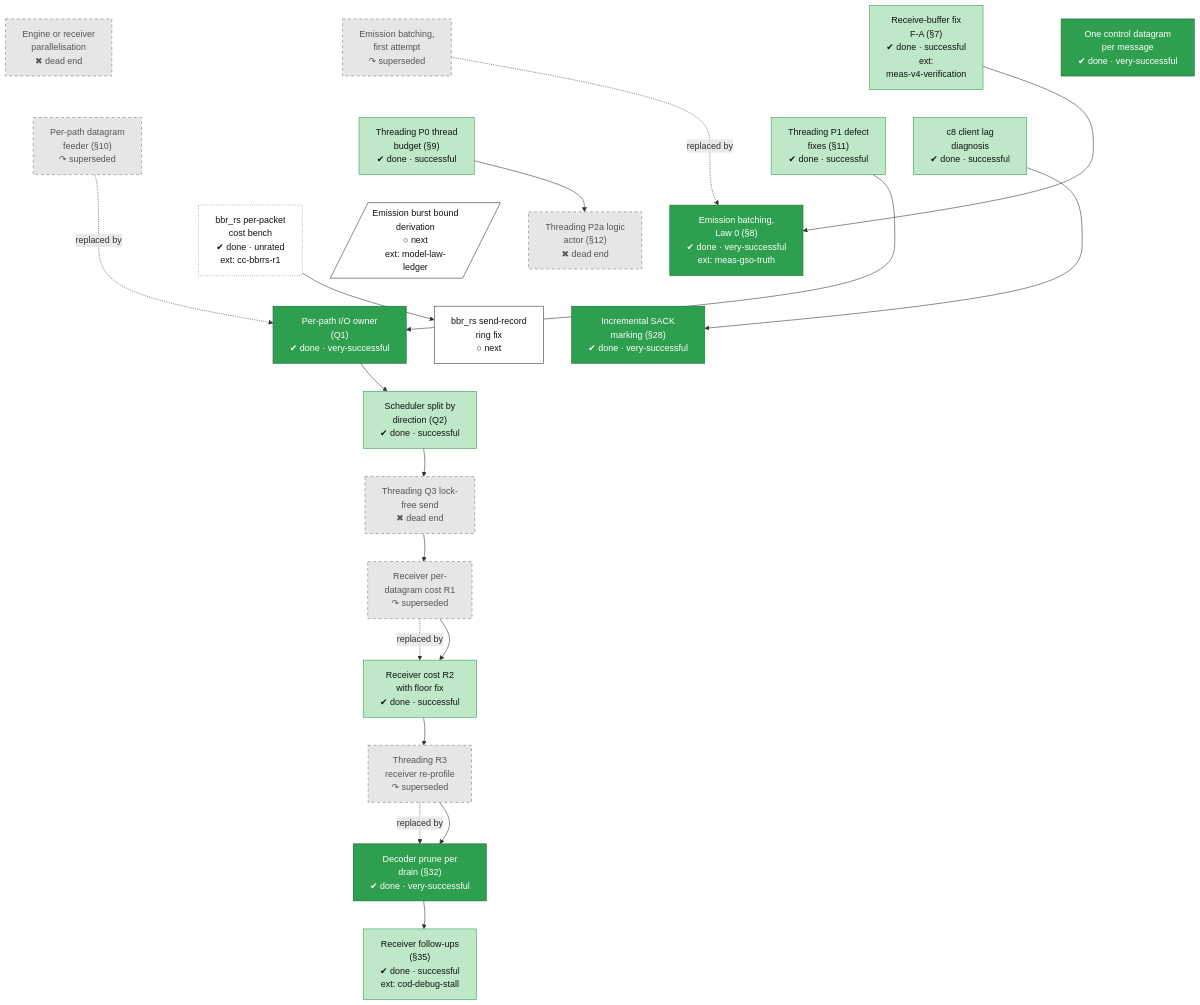
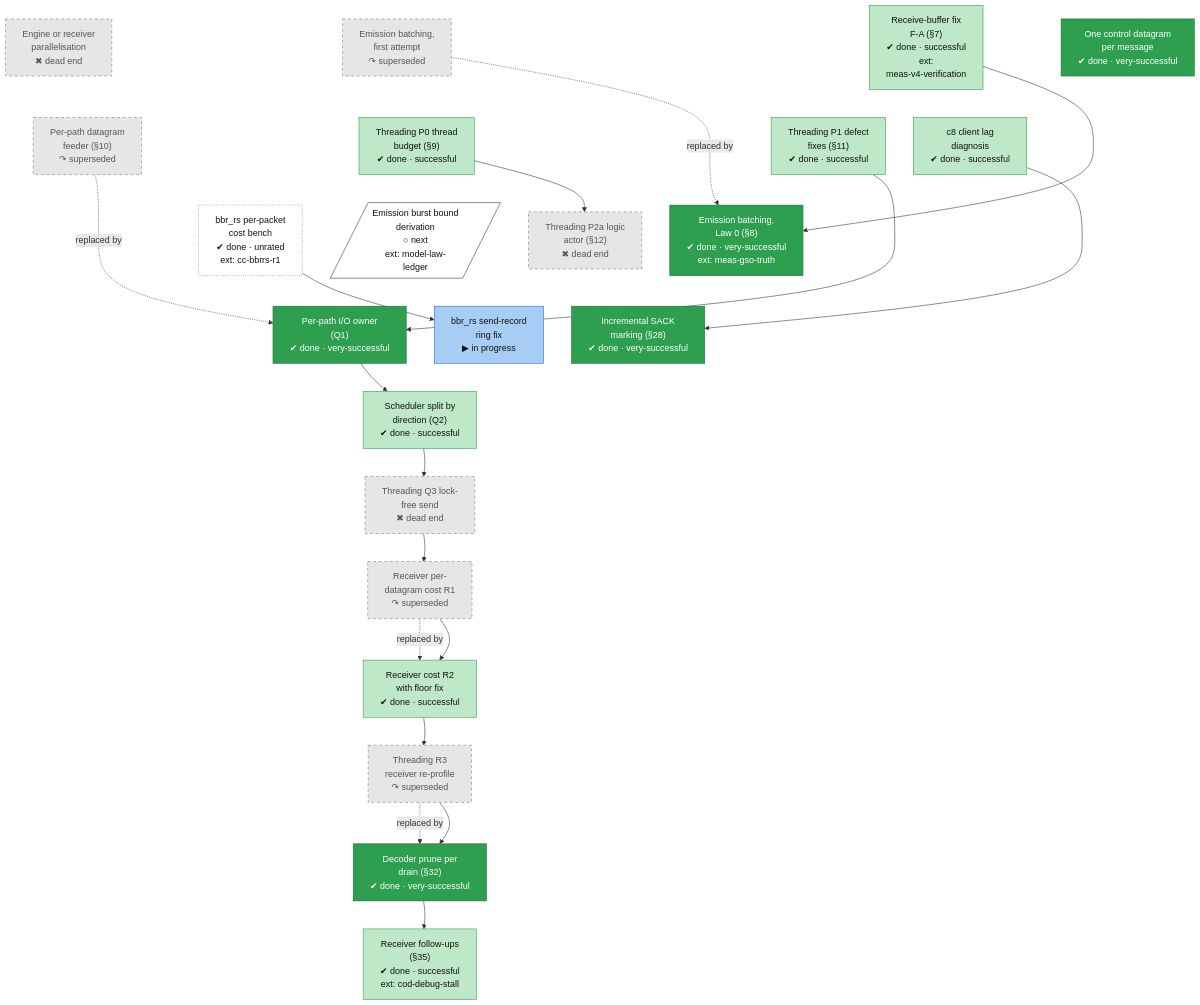
Before and after one commit to lhns/raptorpath: the tenth of 14 diagrams in docs/roadmap.md, drawn with Mermaid. The commit also changed other lines of this file and 4 other files, not shown here.

Commit message:
roadmap: frozen hand-edited tree (228 nodes); §51 dependencies reversed; open research problem marked on the honest-inputs fix; history extraction notes, owner-request coverage and coverage table in docs/roadmap/history

````diff
--- a/docs/roadmap.md
+++ b/docs/roadmap.md
@@ -1493,7 +1497,7 @@
     perf_decoder_prune["Decoder prune per<br/>drain (#167;32)<br/>✔ done · very-successful"]
     perf_receiver_followups["Receiver follow-ups<br/>(#167;35)<br/>✔ done · successful<br/>ext: cod-debug-stall"]
     perf_bbrrs_ns_cost["bbr_rs per-packet<br/>cost bench<br/>✔ done · unrated<br/>ext: cc-bbrrs-r1"]
-    perf_bbrrs_ring_fix["bbr_rs send-record<br/>ring fix<br/>○ next"]
+    perf_bbrrs_ring_fix["bbr_rs send-record<br/>ring fix<br/>▶ in progress"]
     perf_fix_burst_bound[/"Emission burst bound<br/>derivation<br/>○ next<br/>ext: model-law-<br/>ledger"/]
     perf_parallelisation ~~~ perf_quic_feeder
     perf_parallelisation ~~~ perf_threading_p0
@@ -1581,5 +1585,6 @@
     class perf_ack_merge,perf_emit_batch_law0,perf_io_owner,perf_incremental_sack,perf_decoder_prune vsucc
     class perf_rcvbuf,perf_threading_p0,perf_threading_p1,perf_sched_split,perf_receiver_r2,perf_c8_lag,perf_receiver_followups succ
     class perf_bbrrs_ns_cost unrated
-    class perf_bbrrs_ring_fix,perf_fix_burst_bound next
+    class perf_bbrrs_ring_fix inprog
+    class perf_fix_burst_bound next
 ```
````
